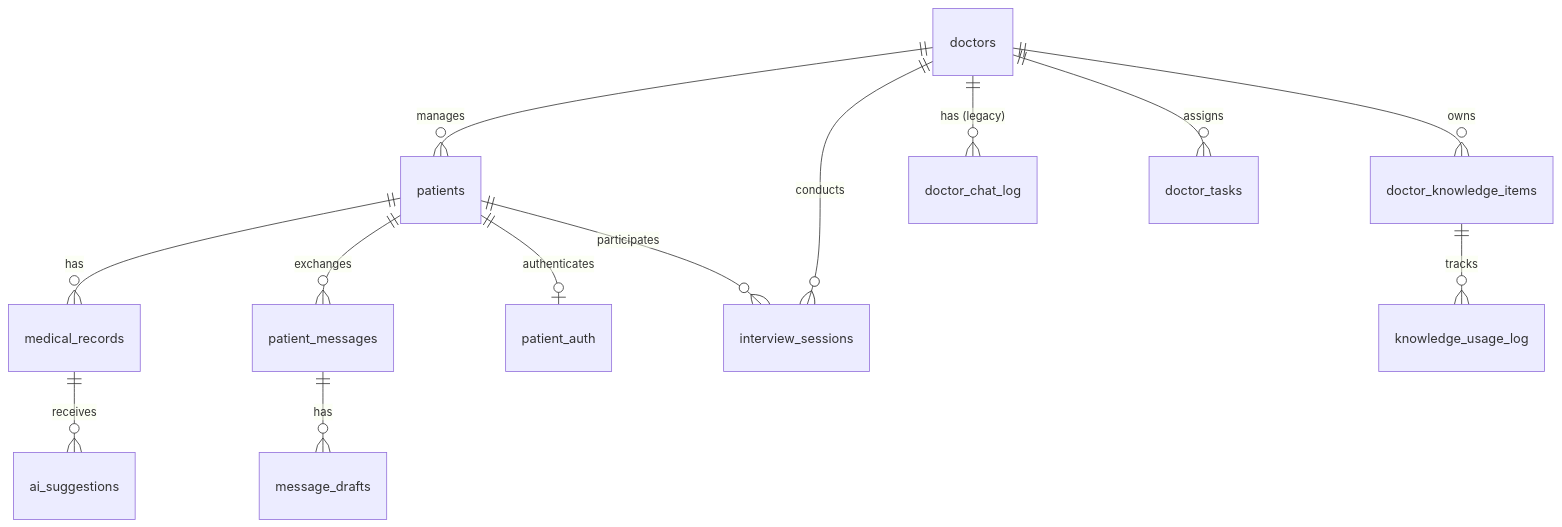
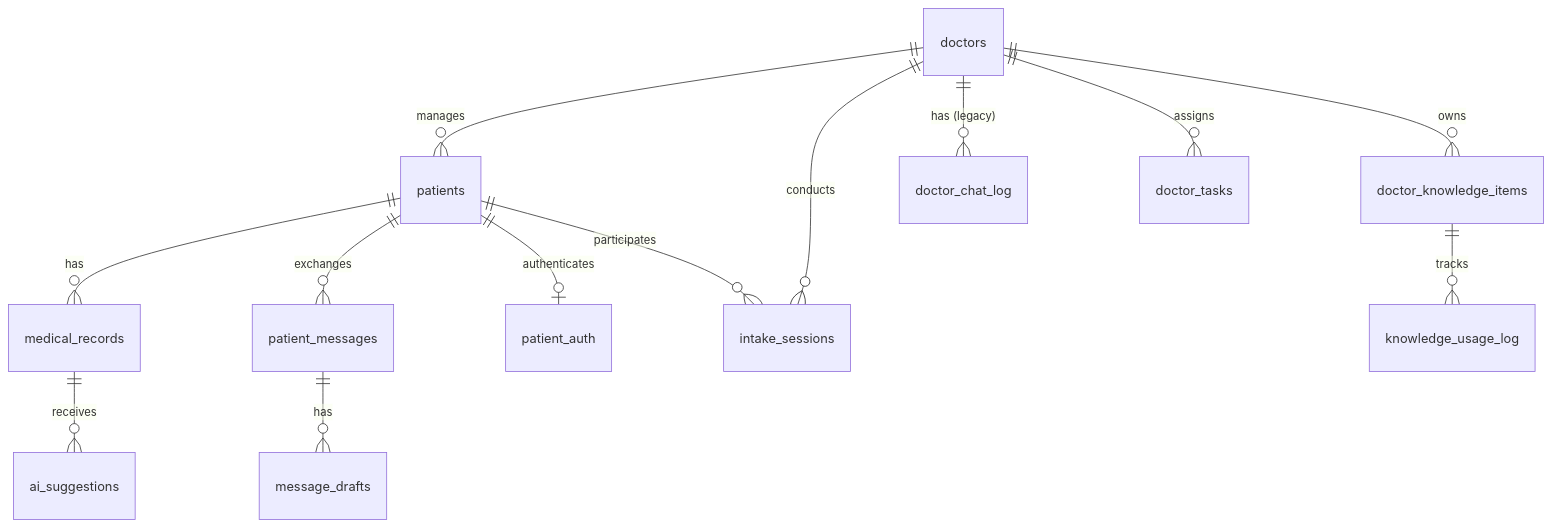
One commit to moments8890/doctor-ai-agent changed the seventh of 11 diagrams in docs/architecture.md. Above: the diagram before and after it, drawn with Mermaid. The commit also changed other lines of this file and 337 other files, not shown here.

````diff
--- a/docs/architecture.md
+++ b/docs/architecture.md
@@ -379,15 +379,15 @@
 ```mermaid
 erDiagram
     doctors ||--o{ patients : manages
     doctors ||--o{ doctor_knowledge_items : owns
     doctors ||--o{ doctor_chat_log : "has (legacy)"
     patients ||--o{ medical_records : has
     patients ||--o{ patient_messages : exchanges
     patients ||--o| patient_auth : authenticates
     medical_records ||--o{ ai_suggestions : receives
-    doctors ||--o{ interview_sessions : conducts
-    patients ||--o{ interview_sessions : participates
+    doctors ||--o{ intake_sessions : conducts
+    patients ||--o{ intake_sessions : participates
     doctors ||--o{ doctor_tasks : assigns
     patient_messages ||--o{ message_drafts : has
     doctor_knowledge_items ||--o{ knowledge_usage_log : tracks
 ```
````
